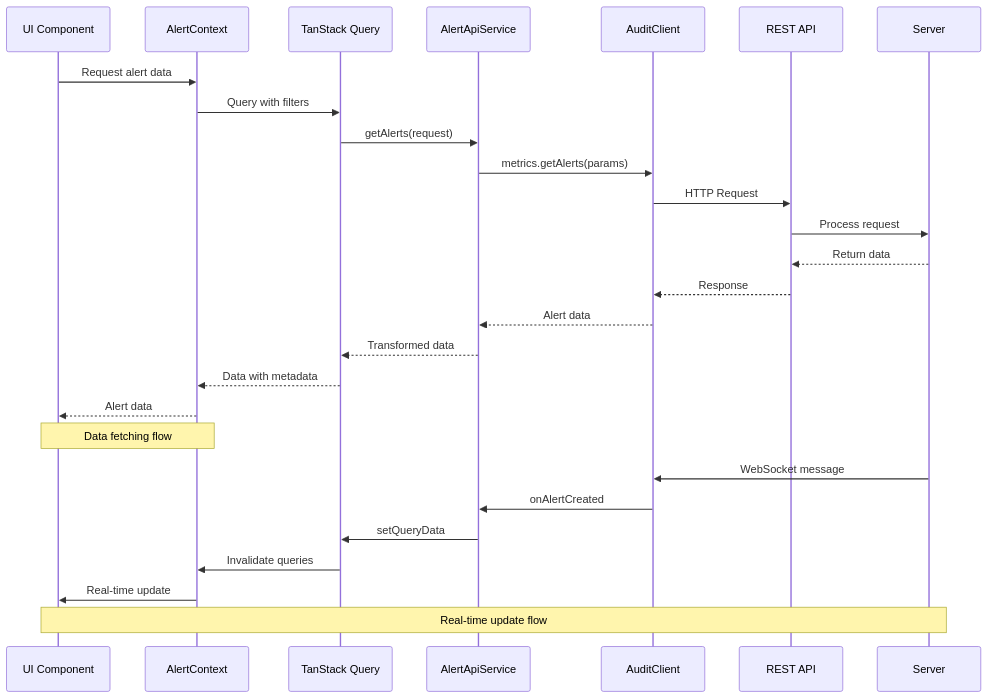
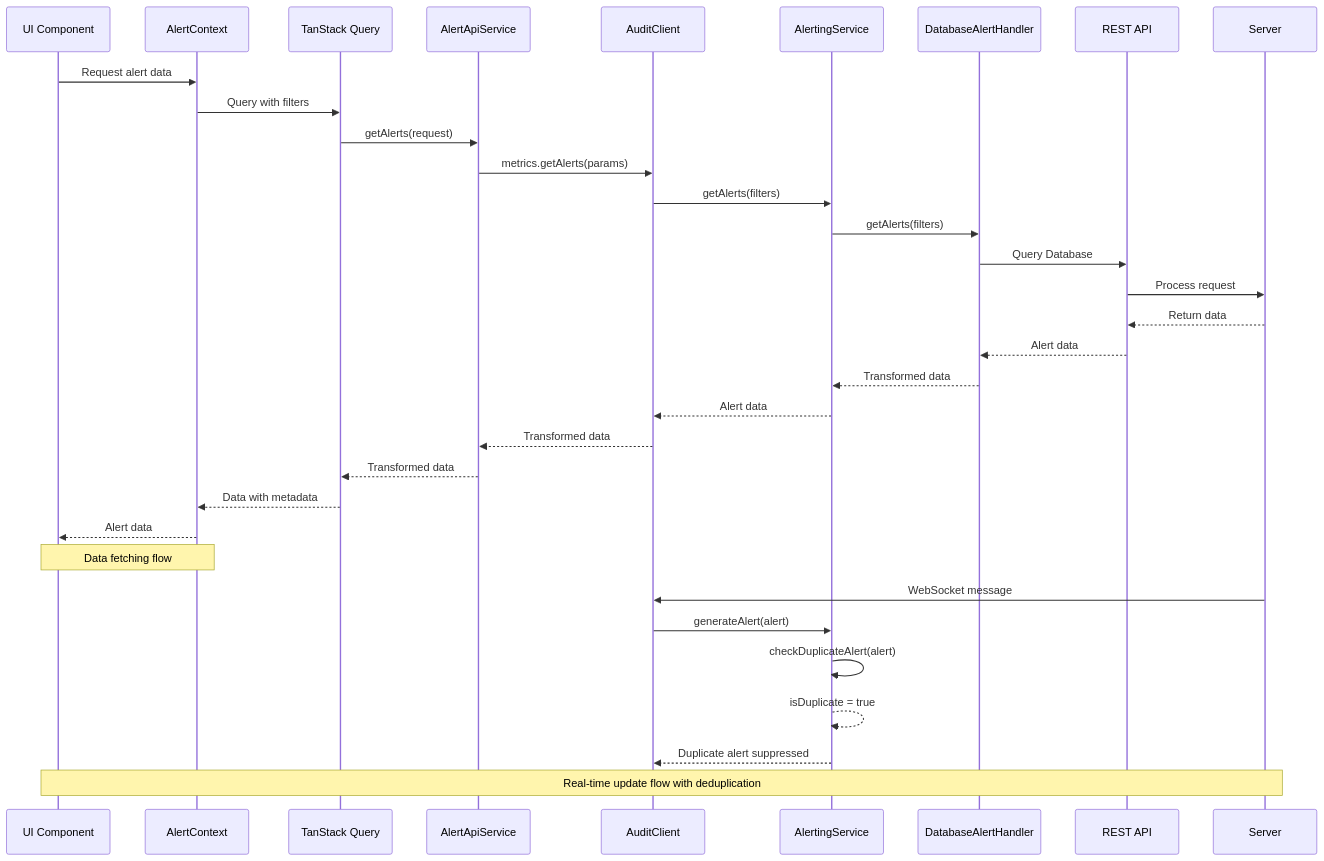
One commit to smedrec/smart-logs changed the sixth of 8 diagrams in .qoder/repowiki/en/content/Alert Management System.md. Above: the diagram before and after it, drawn with Mermaid. The commit also changed other lines of this file and 23 other files, not shown here.

````diff
--- a/.qoder/repowiki/en/content/Alert Management System.md
+++ b/.qoder/repowiki/en/content/Alert Management System.md
@@ -317,29 +429,35 @@
 ```mermaid
 sequenceDiagram
 participant UI as UI Component
 participant Context as AlertContext
 participant Query as TanStack Query
 participant Service as AlertApiService
 participant Client as AuditClient
+participant Alerting as AlertingService
+participant Handler as DatabaseAlertHandler
 participant API as REST API
 participant Server as Server
 UI->>Context : Request alert data
 Context->>Query : Query with filters
 Query->>Service : getAlerts(request)
 Service->>Client : metrics.getAlerts(params)
-Client->>API : HTTP Request
+Client->>Alerting : getAlerts(filters)
+Alerting->>Handler : getAlerts(filters)
+Handler->>API : Query Database
 API->>Server : Process request
 Server-->>API : Return data
-API-->>Client : Response
-Client-->>Service : Alert data
+API-->>Handler : Alert data
+Handler-->>Alerting : Transformed data
+Alerting-->>Client : Alert data
+Client-->>Service : Transformed data
 Service-->>Query : Transformed data
 Query-->>Context : Data with metadata
 Context-->>UI : Alert data
 Note over UI,Context : Data fetching flow
 Server->>Client : WebSocket message
-Client->>Service : onAlertCreated
-Service->>Query : setQueryData
-Query->>Context : Invalidate queries
-Context->>UI : Real-time update
-Note over Server,UI : Real-time update flow
+Client->>Alerting : generateAlert(alert)
+Alerting->>Alerting : checkDuplicateAlert(alert)
+Alerting-->>Alerting : isDuplicate = true
+Alerting-->>Client : Duplicate alert suppressed
+Note over Server,UI : Real-time update flow with deduplication
 ```
````
